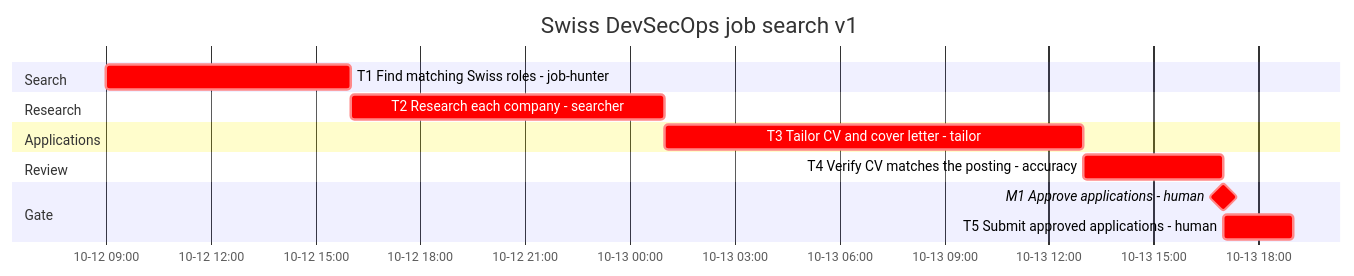
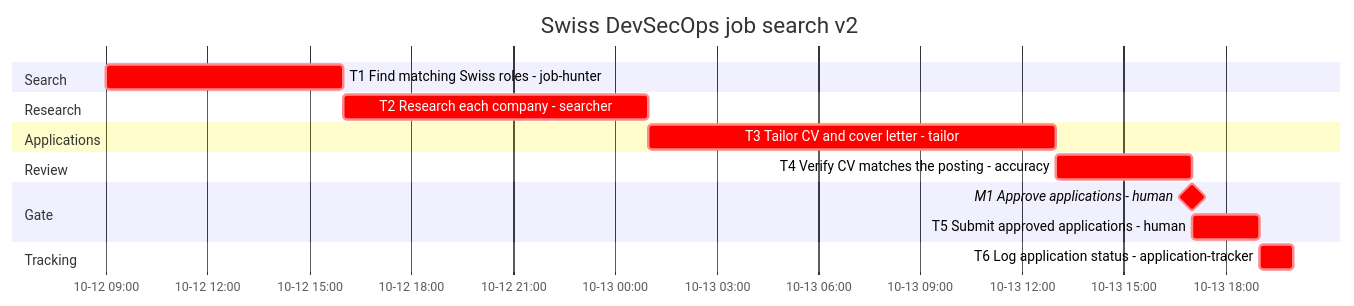
One commit to MovieMaker93/agent-plans changed the diagram in plans/2026-10-12-swiss-job-search/gantt.md. Above: the diagram before and after it, drawn with Mermaid. The commit also changed other lines of this file and 11 other files, not shown here.

````diff
--- a/plans/2026-10-12-swiss-job-search/gantt.md
+++ b/plans/2026-10-12-swiss-job-search/gantt.md
@@ -21,17 +22,19 @@
 ```mermaid
 gantt
-    title Swiss DevSecOps job search v1
+    title Swiss DevSecOps job search v2
     dateFormat YYYY-MM-DD HH:mm
     axisFormat %m-%d %H:%M
     section Search
     T1 Find matching Swiss roles - job-hunter :crit, t1, 2026-10-12 09:00, 7h
     section Research
     T2 Research each company - searcher :crit, t2, 2026-10-12 16:00, 9h
     section Applications
     T3 Tailor CV and cover letter - tailor :crit, t3, 2026-10-13 01:00, 12h
     section Review
     T4 Verify CV matches the posting - accuracy :crit, t4, 2026-10-13 13:00, 4h
     section Gate
     M1 Approve applications - human :milestone, crit, m1, 2026-10-13 17:00, 0m
     T5 Submit approved applications - human :crit, t5, 2026-10-13 17:00, 2h
+    section Tracking
+    T6 Log application status - application-tracker :crit, t6, 2026-10-13 19:00, 1h
 ```
````
